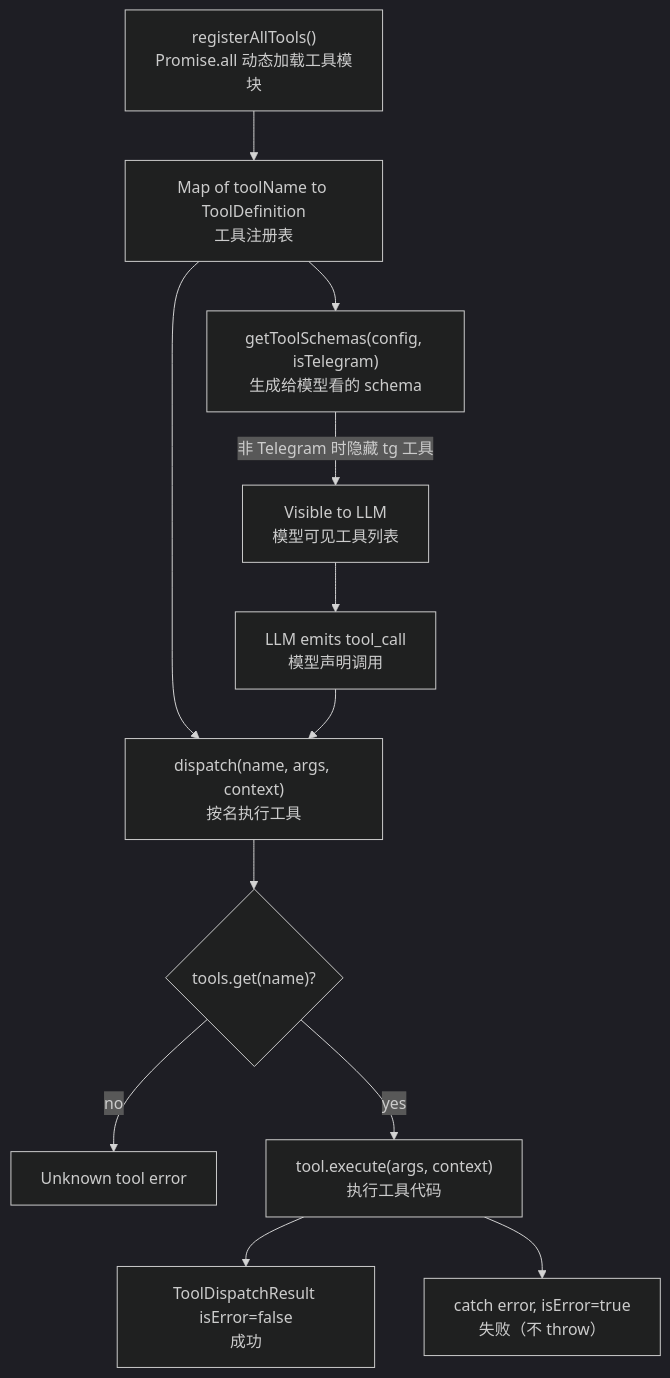
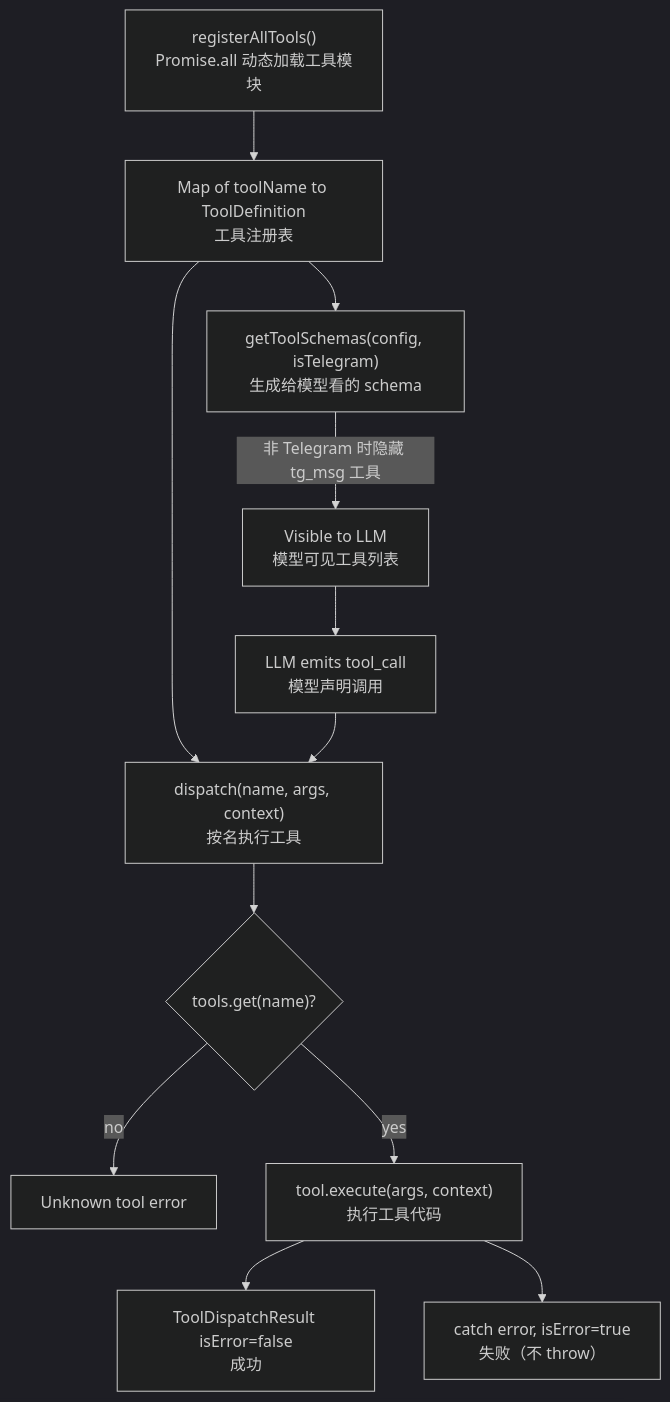
One commit to boltguo/anya changed the sixth of 14 diagrams in docs/architecture-diagrams.md. Above: the diagram before and after it, drawn with Mermaid (dark theme). The commit also changed other lines of this file and 105 other files, not shown here.

````diff
--- a/docs/architecture-diagrams.md
+++ b/docs/architecture-diagrams.md
@@ -203,17 +204,17 @@
 ```mermaid
 flowchart TD
   IMPORTS["registerAllTools()\nPromise.all 动态加载工具模块"] --> REG["Map of toolName to ToolDefinition\n工具注册表"]
 
   REG --> SCHEMAS["getToolSchemas(config, isTelegram)\n生成给模型看的 schema"]
   REG --> EXEC["dispatch(name, args, context)\n按名执行工具"]
 
-  SCHEMAS -->|"非 Telegram 时隐藏 tg 工具"| MODEL["Visible to LLM\n模型可见工具列表"]
+  SCHEMAS -->|"非 Telegram 时隐藏 tg_msg 工具"| MODEL["Visible to LLM\n模型可见工具列表"]
   MODEL --> CALL["LLM emits tool_call\n模型声明调用"]
   CALL --> EXEC
 
   EXEC --> FOUND{"tools.get(name)?"}
   FOUND -->|no| ERR1["Unknown tool error"]
   FOUND -->|yes| RUN["tool.execute(args, context)\n执行工具代码"]
   RUN --> OK["ToolDispatchResult isError=false\n成功"]
   RUN --> FAIL["catch error, isError=true\n失败（不 throw）"]
 ```
````
